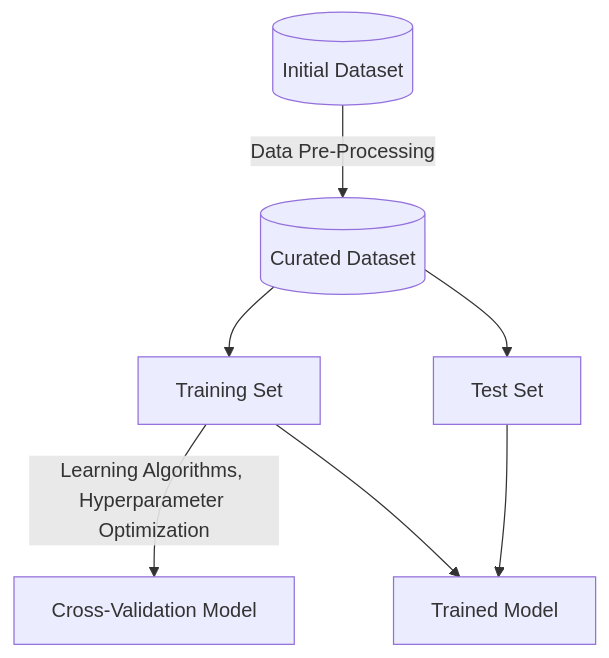
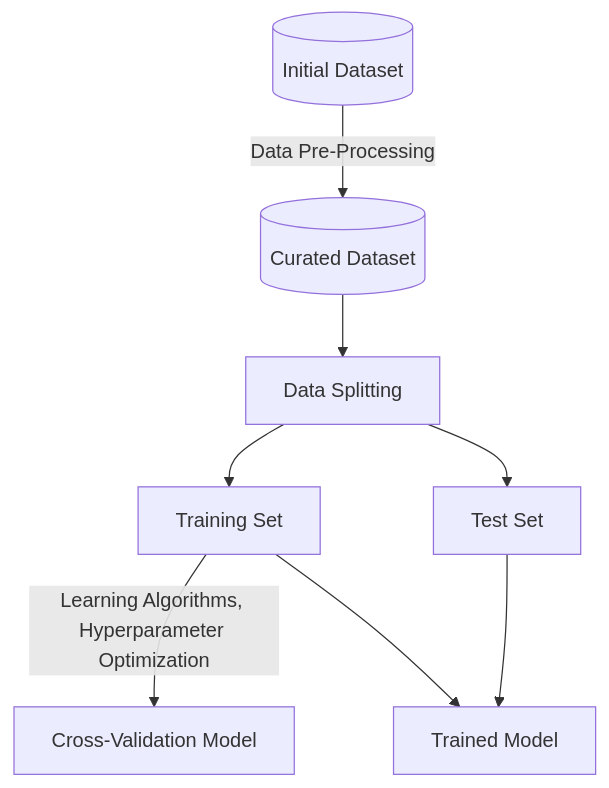
The third of 3 diagrams in README.md (dataprofessor/mermaid), drawn with Mermaid before and after one commit.

````diff
--- a/README.md
+++ b/README.md
@@ -29,9 +29,10 @@
 ```mermaid
 flowchart TD
     data[(Initial Dataset)] --Data Pre-Processing-->  data2[(Curated Dataset)]
-    data2 --> train[Training Set]
-    data2 --> test[Test Set]
+    data2 --> split[Data Splitting]
+    split --> train[Training Set]
+    split --> test[Test Set]
     train --Learning Algorithms, Hyperparameter Optimization--> E[Cross-Validation Model]
     train --> trained[Trained Model]
     test --> trained[Trained Model]
 ```
````
